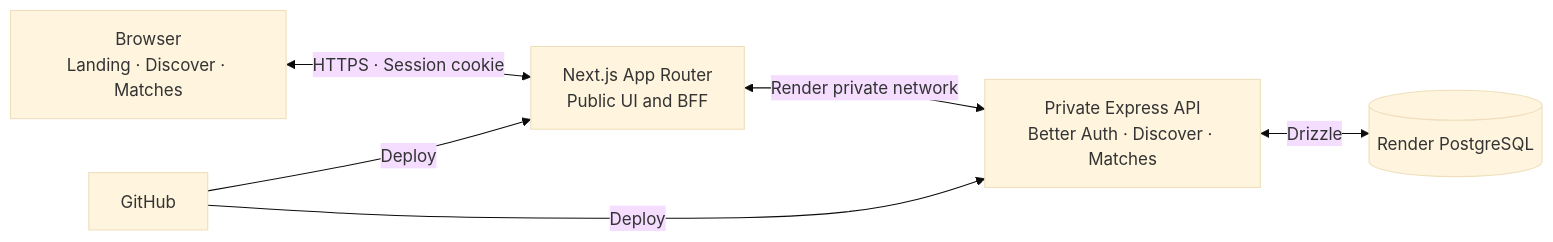
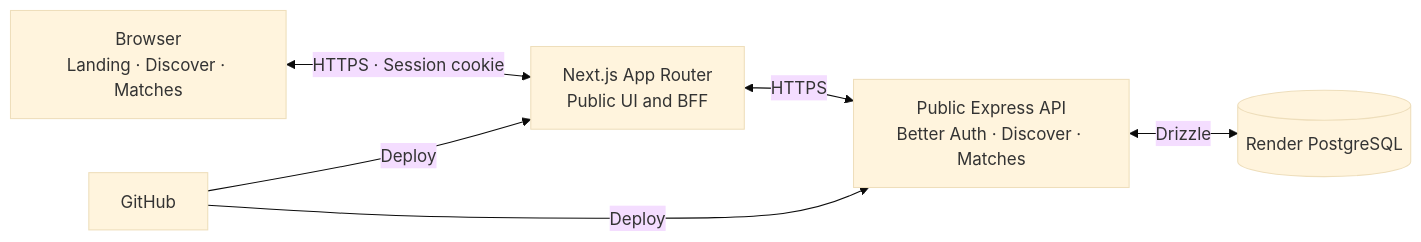
The first of 3 diagrams in SPEC.md (ivansiach0/pawprint-ai), drawn with Mermaid (base theme) before and after one commit. The commit also changed other lines of this file and 4 other files, not shown here.

````diff
--- a/SPEC.md
+++ b/SPEC.md
@@ -33,14 +33,14 @@
 ```mermaid
 flowchart LR
     Browser["Browser<br/>Landing · Discover · Matches"]
     Next["Next.js App Router<br/>Public UI and BFF"]
-    Express["Private Express API<br/>Better Auth · Discover · Matches"]
+    Express["Public Express API<br/>Better Auth · Discover · Matches"]
     DB[("Render PostgreSQL")]
     GitHub["GitHub"]
 
     Browser <-->|"HTTPS · Session cookie"| Next
-    Next <-->|"Render private network"| Express
+    Next <-->|"HTTPS"| Express
     Express <-->|"Drizzle"| DB
     GitHub -->|"Deploy"| Next
     GitHub -->|"Deploy"| Express
 ```
````
